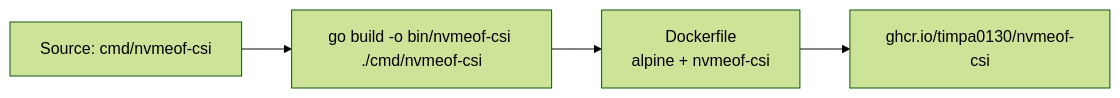
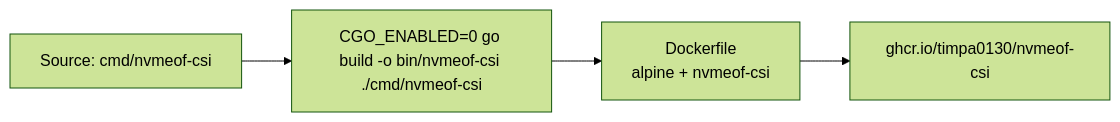
One commit to timpa0130/nvmeof-csi changed the diagram in design/csi-container-design.md. Above: the diagram before and after it, drawn with Mermaid (forest theme). The commit also changed other lines of this file and 2 other files, not shown here.

Commit message:
fix: update build process to disable CGO for Go binary and adjust design documentation

````diff
--- a/design/csi-container-design.md
+++ b/design/csi-container-design.md
@@ -18,6 +18,6 @@
 ```mermaid
 flowchart LR
-    SRC["Source: cmd/nvmeof-csi"] --> BIN["go build -o bin/nvmeof-csi ./cmd/nvmeof-csi"]
+    SRC["Source: cmd/nvmeof-csi"] --> BIN["CGO_ENABLED=0 go build -o bin/nvmeof-csi ./cmd/nvmeof-csi"]
     BIN --> IMG["Dockerfile<br/>alpine + nvmeof-csi"]
     IMG --> REG["ghcr.io/timpa0130/nvmeof-csi"]
 ```
````
